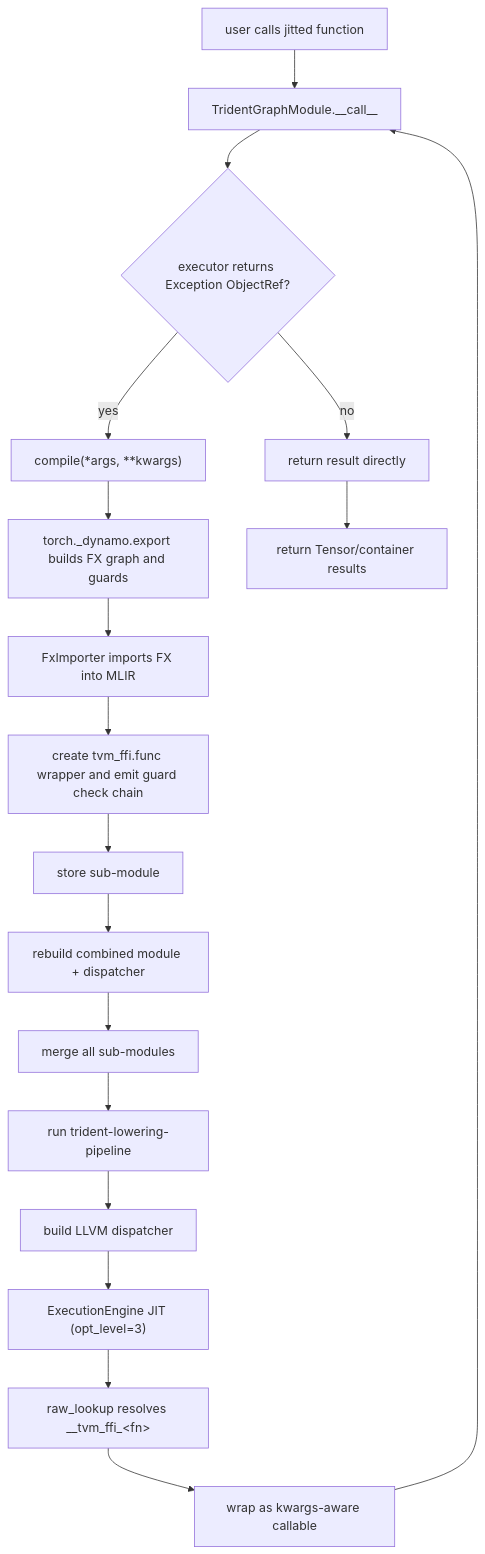
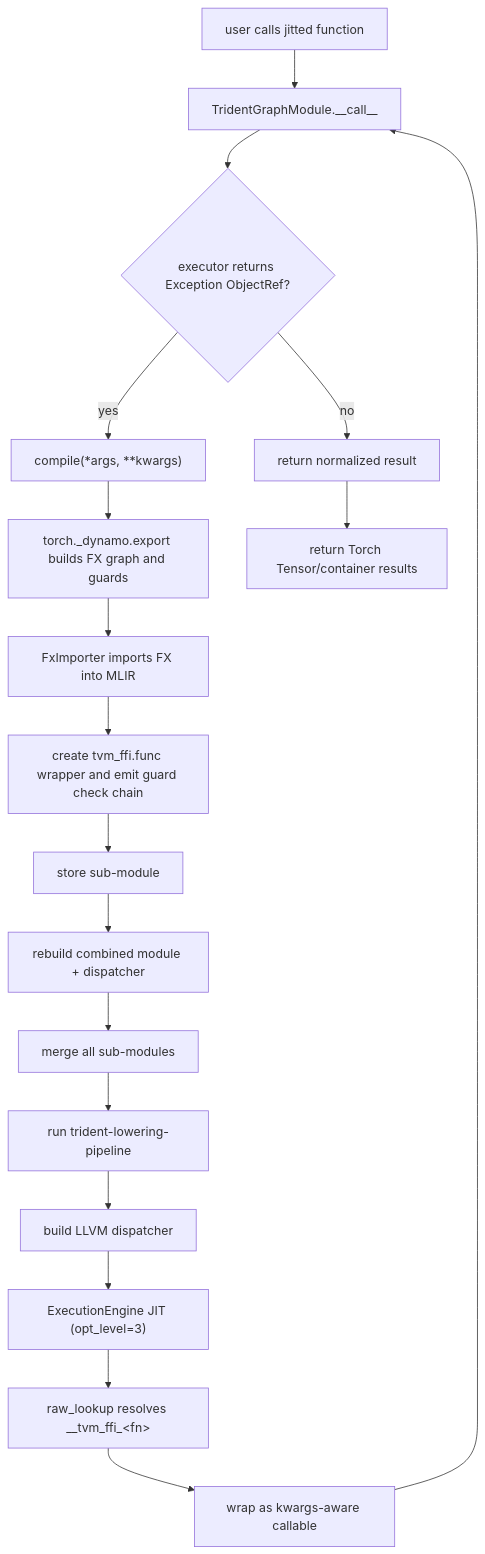
One commit to sgjzfzzf/Trident changed the second of 2 diagrams in docs/Architecture.md. Above: the diagram before and after it, drawn with Mermaid. The commit also changed other lines of this file and 2 other files, not shown here.

Commit message:
fix(python): normalize cached tensor results

````diff
--- a/docs/Architecture.md
+++ b/docs/Architecture.md
@@ -100,20 +100,20 @@
 ```mermaid
 flowchart TD
   A["user calls jitted function"] --> B["TridentGraphModule.__call__"]
   B --> C{"executor returns Exception ObjectRef?"}
-  C -- "no" --> D["return result directly"]
+  C -- "no" --> D["return normalized result"]
   C -- "yes" --> E["compile(*args, **kwargs)"]
   E --> F["torch._dynamo.export builds FX graph and guards"]
   F --> G["FxImporter imports FX into MLIR"]
   G --> H["create tvm_ffi.func wrapper and emit guard check chain"]
   H --> I["store sub-module"]
   I --> J["rebuild combined module + dispatcher"]
   J --> K["merge all sub-modules"]
   K --> L["run trident-lowering-pipeline"]
   L --> M["build LLVM dispatcher"]
   M --> N["ExecutionEngine JIT (opt_level=3)"]
   N --> O["raw_lookup resolves __tvm_ffi_&lt;fn&gt;"]
   O --> P["wrap as kwargs-aware callable"]
   P --> B
-  D --> Q["return Tensor/container results"]
+  D --> Q["return Torch Tensor/container results"]
 ```
````
